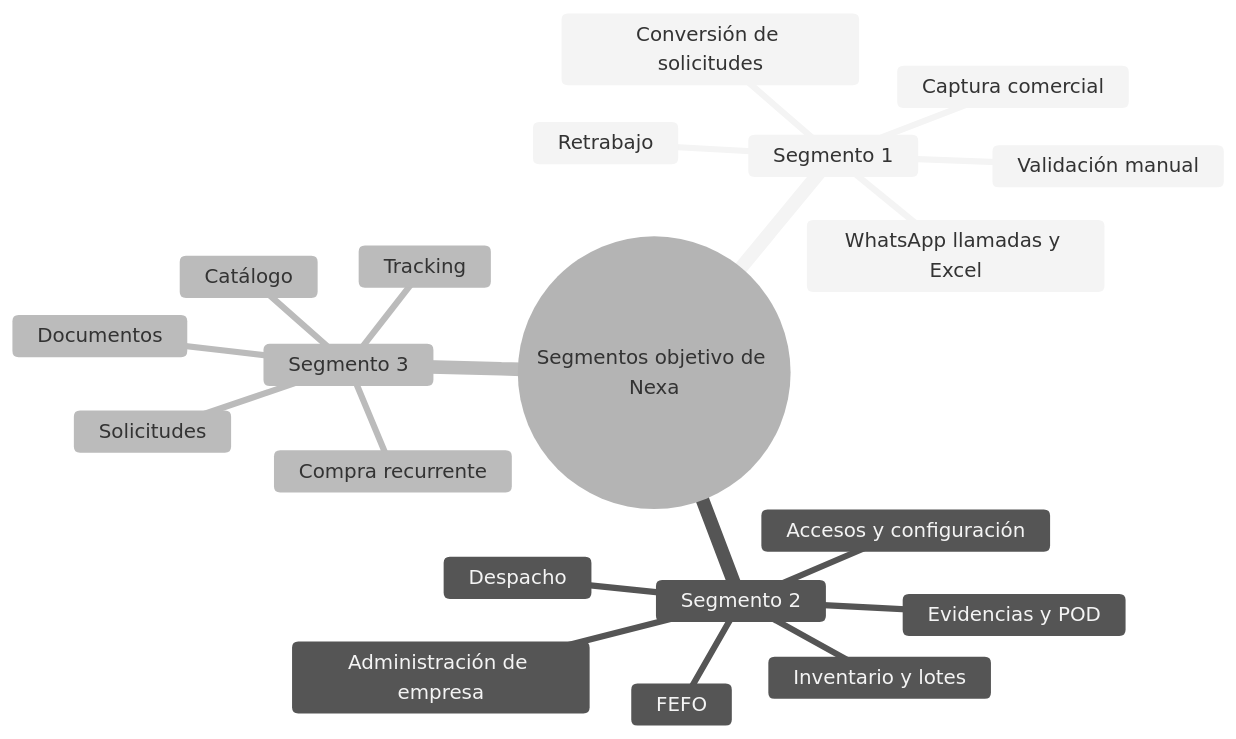
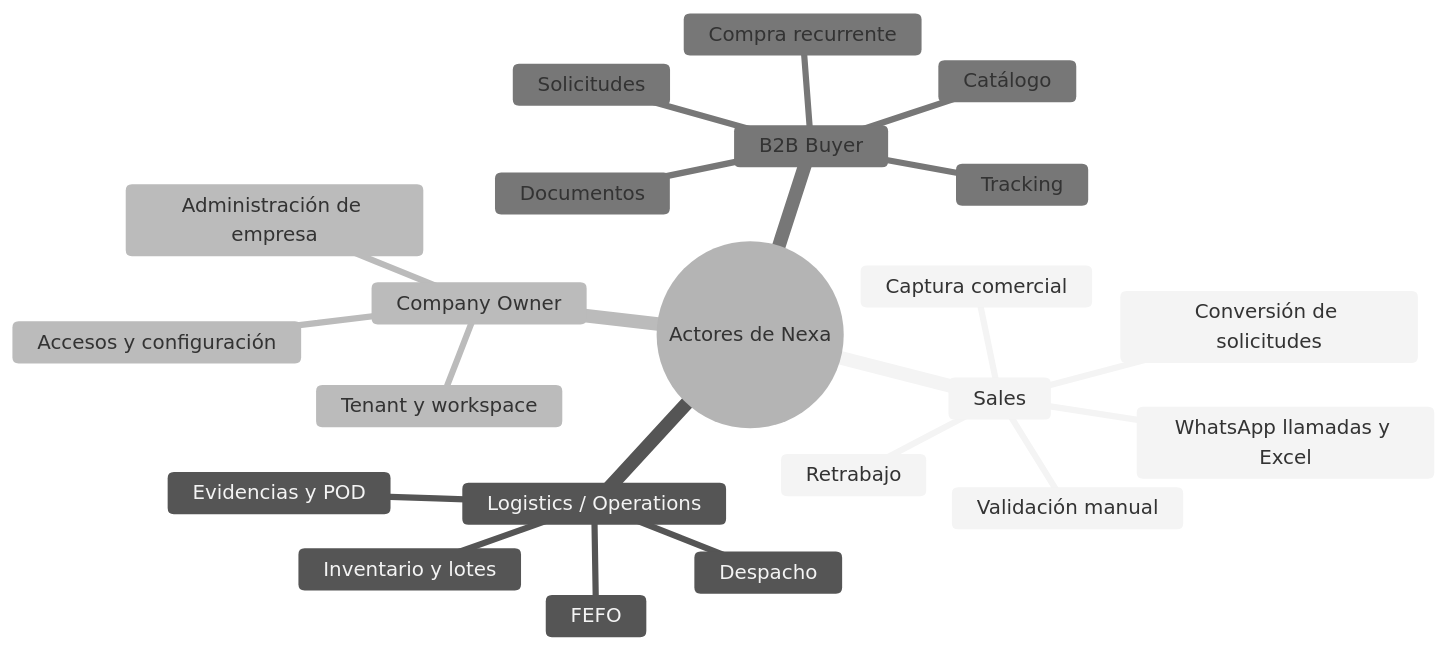
One commit to R0obxdnt-bit/nexa-ecosystem-report-v2 changed the third of 4 diagrams in report/10-chapter-1-introduction/1-3-target-segments.md. Above: the diagram before and after it, drawn with Mermaid (neutral theme). The commit also changed other lines of this file, not shown here.

````diff
--- a/report/10-chapter-1-introduction/1-3-target-segments.md
+++ b/report/10-chapter-1-introduction/1-3-target-segments.md
@@ -82,23 +85,25 @@
 ```mermaid
 mindmap
-  root((Segmentos objetivo de Nexa))
-    Segmento 1
+  root((Actores de Nexa))
+    Sales
       Captura comercial
       WhatsApp llamadas y Excel
       Validación manual
       Conversión de solicitudes
       Retrabajo
-    Segmento 2
+    Logistics / Operations
       Inventario y lotes
       FEFO
       Despacho
       Evidencias y POD
+    Company Owner
       Administración de empresa
+      Tenant y workspace
       Accesos y configuración
-    Segmento 3
+    B2B Buyer
       Compra recurrente
       Catálogo
       Solicitudes
       Tracking
       Documentos
 ```
````
